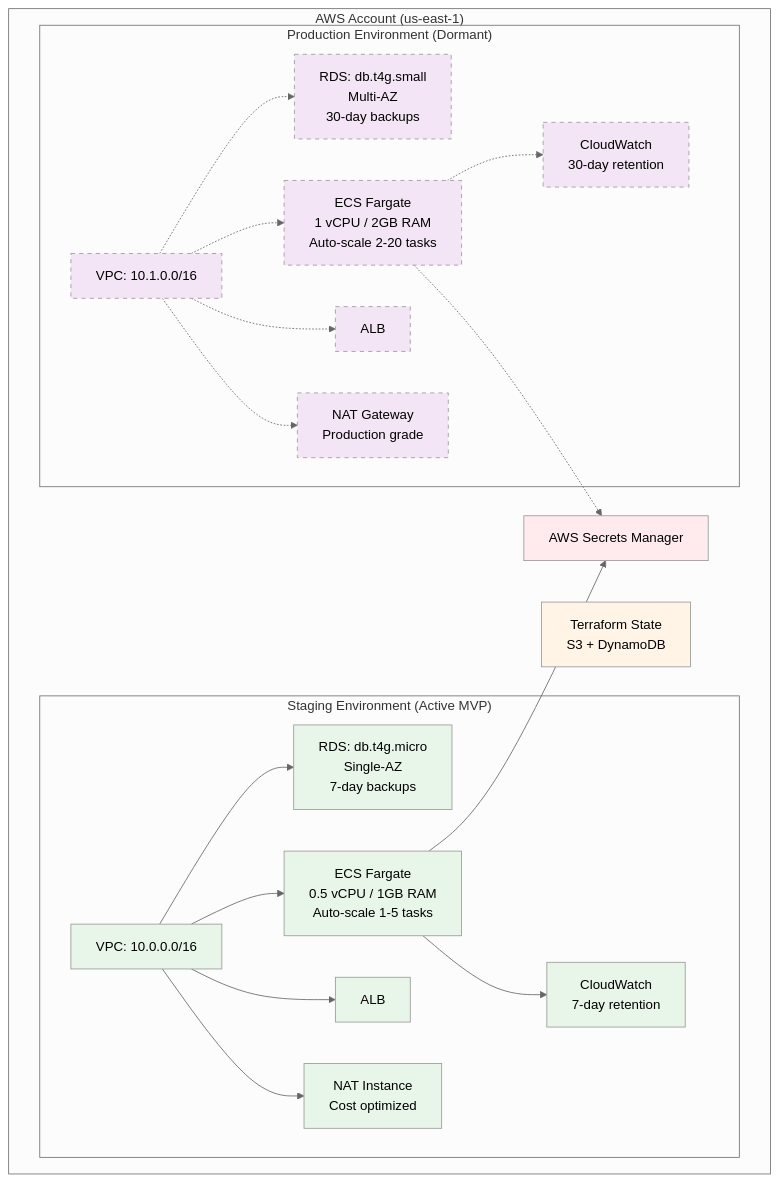
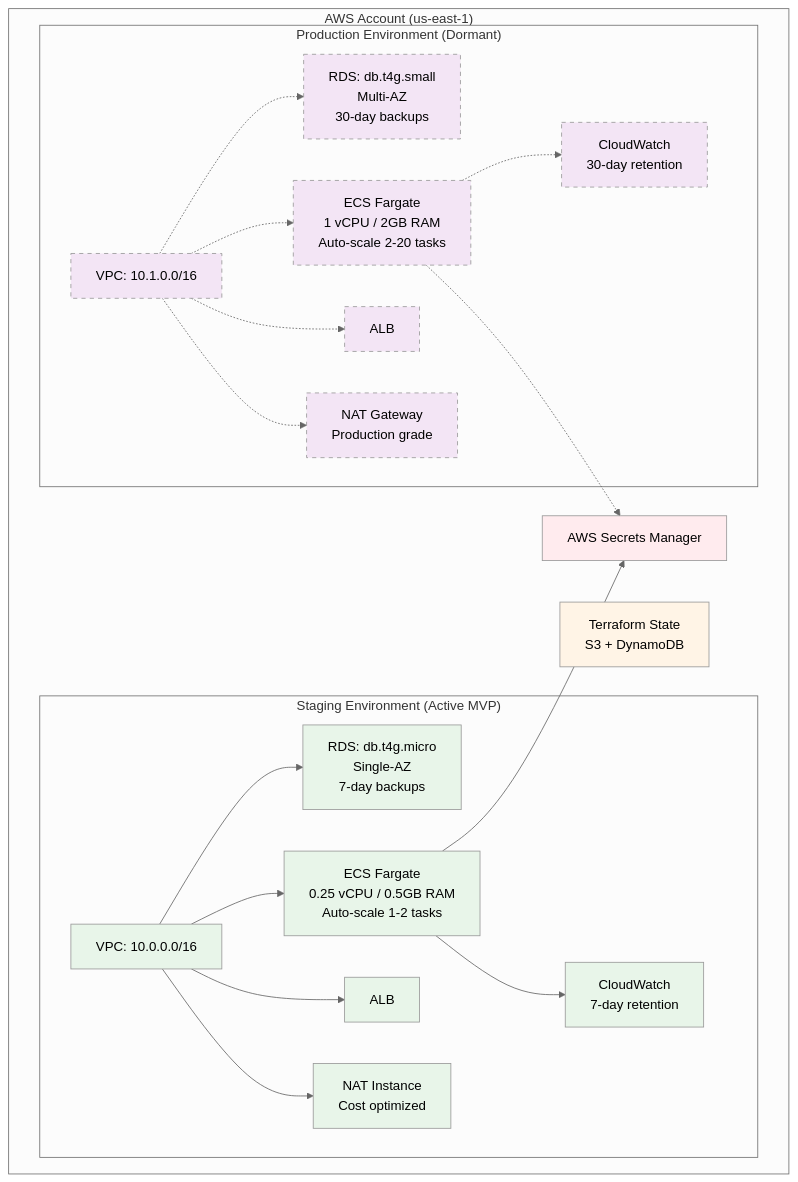
One commit to JosemaPereira/TrAIveler changed the first of 2 diagrams in docs/cloud-and-environments.md. Above: the diagram before and after it, drawn with Mermaid (neutral theme). The commit also changed other lines of this file and 5 other files, not shown here.

````diff
--- a/docs/cloud-and-environments.md
+++ b/docs/cloud-and-environments.md
@@ -17,55 +17,55 @@
 ```mermaid
 graph TB
     subgraph "AWS Account (us-east-1)"
         subgraph "Staging Environment (Active MVP)"
             S_VPC[VPC: 10.0.0.0/16]
             S_RDS[RDS: db.t4g.micro<br/>Single-AZ<br/>7-day backups]
-            S_ECS[ECS Fargate<br/>0.5 vCPU / 1GB RAM<br/>Auto-scale 1-5 tasks]
+            S_ECS[ECS Fargate<br/>0.25 vCPU / 0.5GB RAM<br/>Auto-scale 1-2 tasks]
             S_ALB[ALB]
             S_NAT[NAT Instance<br/>Cost optimized]
             S_CloudWatch[CloudWatch<br/>7-day retention]
             
             S_VPC --> S_RDS
             S_VPC --> S_ECS
             S_VPC --> S_ALB
             S_VPC --> S_NAT
             S_ECS --> S_CloudWatch
         end
 
         subgraph "Production Environment (Dormant)"
             P_VPC[VPC: 10.1.0.0/16]
             P_RDS[RDS: db.t4g.small<br/>Multi-AZ<br/>30-day backups]
             P_ECS[ECS Fargate<br/>1 vCPU / 2GB RAM<br/>Auto-scale 2-20 tasks]
             P_ALB[ALB]
             P_NAT[NAT Gateway<br/>Production grade]
             P_CloudWatch[CloudWatch<br/>30-day retention]
             
             P_VPC -.-> P_RDS
             P_VPC -.-> P_ECS
             P_VPC -.-> P_ALB
             P_VPC -.-> P_NAT
             P_ECS -.-> P_CloudWatch
         end
 
         Terraform[Terraform State<br/>S3 + DynamoDB]
         Secrets[AWS Secrets Manager]
         
         S_ECS --> Secrets
         P_ECS -.-> Secrets
     end
 
     style S_VPC fill:#e8f5e9
     style S_RDS fill:#e8f5e9
     style S_ECS fill:#e8f5e9
     style S_ALB fill:#e8f5e9
     style S_NAT fill:#e8f5e9
     style S_CloudWatch fill:#e8f5e9
     style P_VPC fill:#f3e5f5,stroke-dasharray: 5 5
     style P_RDS fill:#f3e5f5,stroke-dasharray: 5 5
     style P_ECS fill:#f3e5f5,stroke-dasharray: 5 5
     style P_ALB fill:#f3e5f5,stroke-dasharray: 5 5
     style P_NAT fill:#f3e5f5,stroke-dasharray: 5 5
     style P_CloudWatch fill:#f3e5f5,stroke-dasharray: 5 5
     style Terraform fill:#fff4e6
     style Secrets fill:#ffebee
 ```
````
